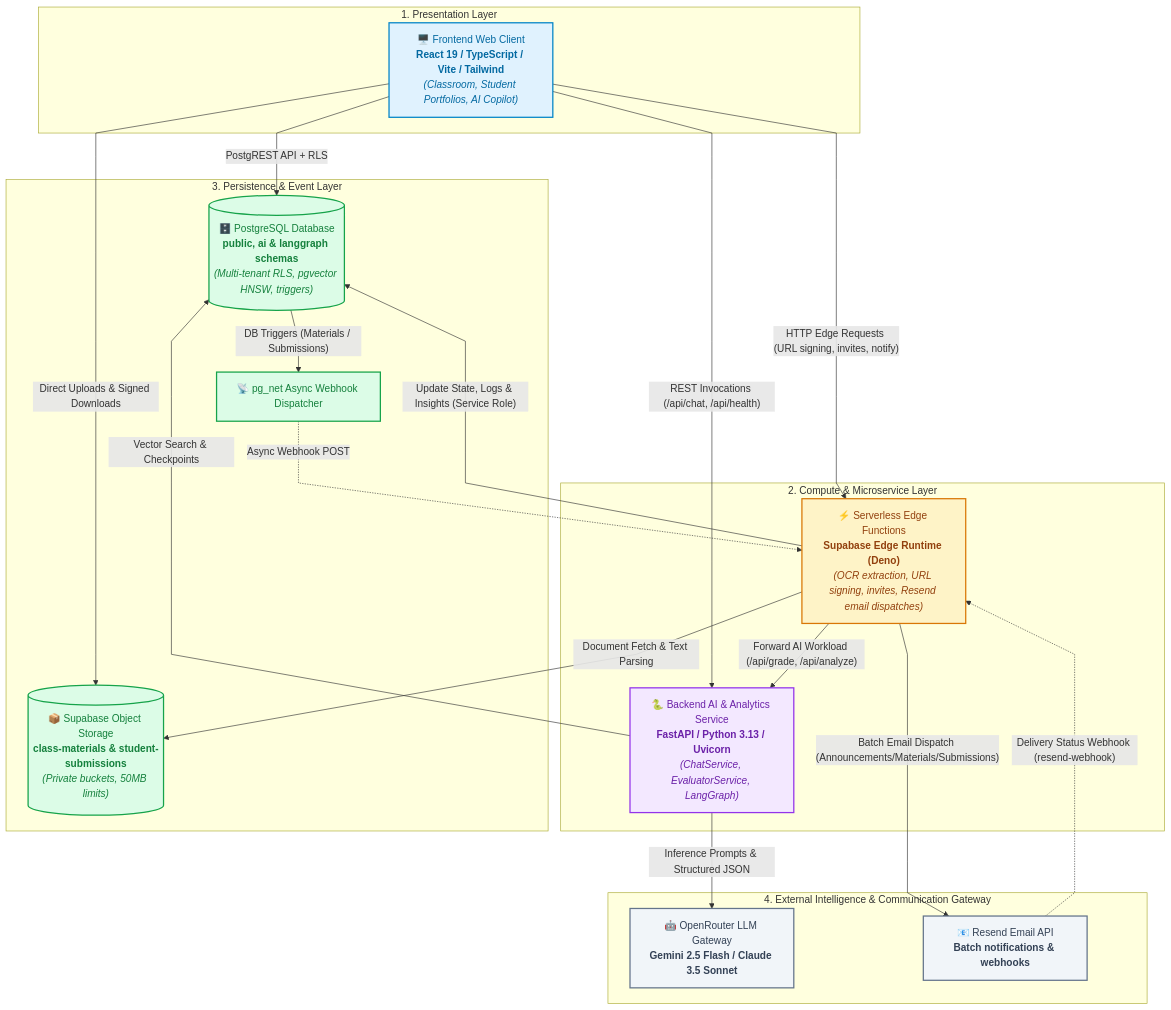
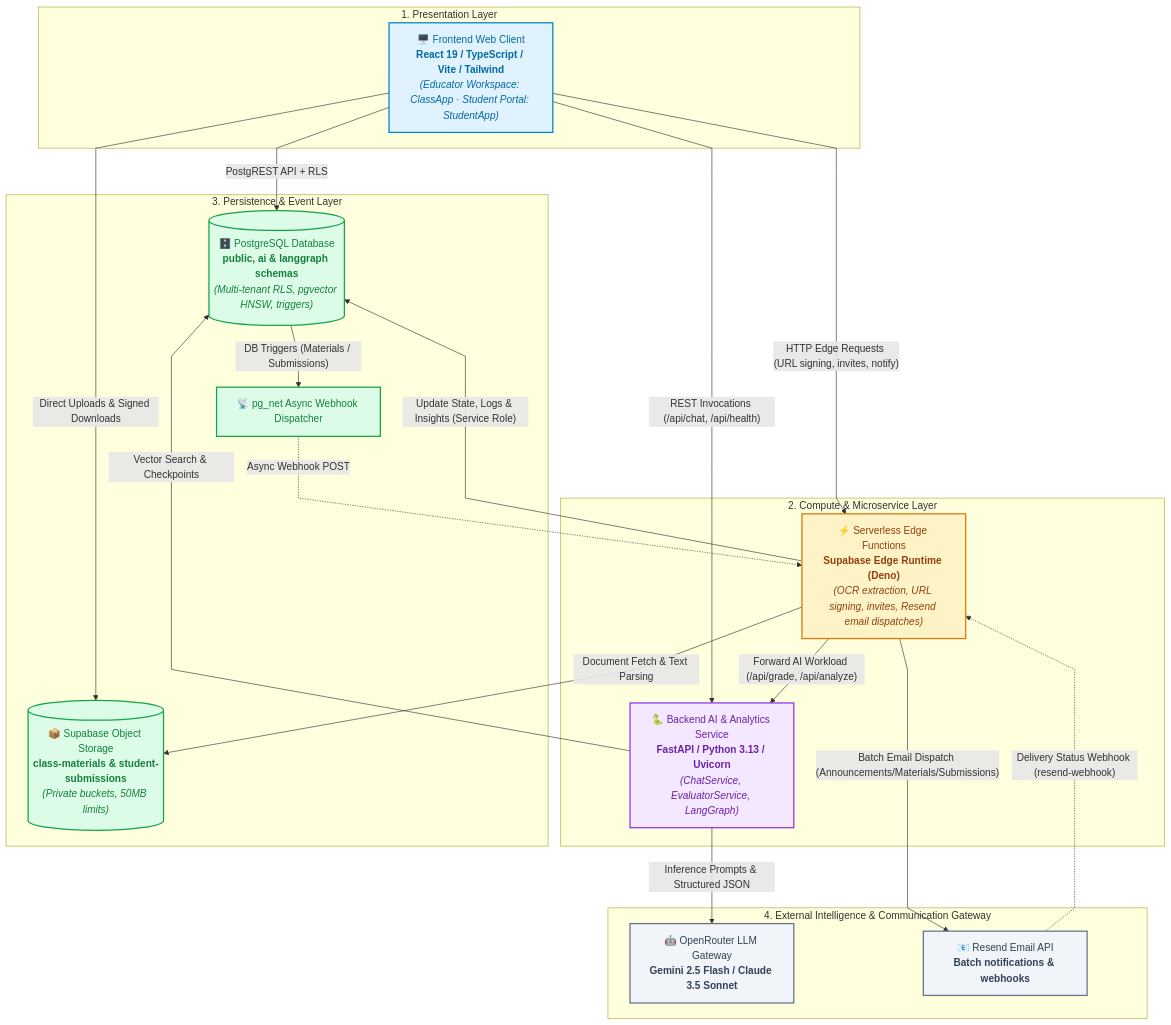
One commit to VictorBravo9er/Teacher-Assistant-Workspace changed the first of 6 diagrams in systems/README.md. Above: the diagram before and after it, drawn with Mermaid. The commit also changed other lines of this file and 8 other files, not shown here.

````diff
--- a/systems/README.md
+++ b/systems/README.md
@@ -11,49 +11,49 @@
 ```mermaid
 %%{init: {'flowchart': {'curve': 'linear'}}}%%
 flowchart TD
     %% Styling Classes
     classDef client fill:#e0f2fe,stroke:#0284c7,stroke-width:2px,color:#0369a1;
     classDef edge fill:#fef3c7,stroke:#d97706,stroke-width:2px,color:#92400e;
     classDef backend fill:#f3e8ff,stroke:#9333ea,stroke-width:2px,color:#6b21a8;
     classDef data fill:#dcfce7,stroke:#16a34a,stroke-width:2px,color:#15803d;
     classDef external fill:#f1f5f9,stroke:#64748b,stroke-width:2px,color:#334155;
 
     subgraph Tier1["1. Presentation Layer"]
-        ClientApp["🖥️ Frontend Web Client<br/><b>React 19 / TypeScript / Vite / Tailwind</b><br/><i>(Classroom, Student Portfolios, AI Copilot)</i>"]:::client
+        ClientApp["🖥️ Frontend Web Client<br/><b>React 19 / TypeScript / Vite / Tailwind</b><br/><i>(Educator Workspace: ClassApp · Student Portal: StudentApp)</i>"]:::client
     end
 
     subgraph Tier2["2. Compute & Microservice Layer"]
         EdgeFunctions["⚡ Serverless Edge Functions<br/><b>Supabase Edge Runtime (Deno)</b><br/><i>(OCR extraction, URL signing, invites, Resend email dispatches)</i>"]:::edge
         FastAPIService["🐍 Backend AI & Analytics Service<br/><b>FastAPI / Python 3.13 / Uvicorn</b><br/><i>(ChatService, EvaluatorService, LangGraph)</i>"]:::backend
     end
 
     subgraph Tier3["3. Persistence & Event Layer"]
         PostgresDB[("🗄️ PostgreSQL Database<br/><b>public, ai & langgraph schemas</b><br/><i>(Multi-tenant RLS, pgvector HNSW, triggers)</i>")]:::data
         StorageBuckets[("📦 Supabase Object Storage<br/><b>class-materials & student-submissions</b><br/><i>(Private buckets, 50MB limits)</i>")]:::data
         PgNetQueue["📡 pg_net Async Webhook Dispatcher"]:::data
     end
 
     subgraph Tier4["4. External Intelligence & Communication Gateway"]
         OpenRouterLLM["🤖 OpenRouter LLM Gateway<br/><b>Gemini 2.5 Flash / Claude 3.5 Sonnet</b>"]:::external
         ResendAPI["📧 Resend Email API<br/><b>Batch notifications & webhooks</b>"]:::external
     end
 
     %% Client Traffic
     ClientApp -->|"PostgREST API + RLS"| PostgresDB
     ClientApp -->|"Direct Uploads & Signed Downloads"| StorageBuckets
     ClientApp -->|"REST Invocations (/api/chat, /api/health)"| FastAPIService
     ClientApp -->|"HTTP Edge Requests (URL signing, invites, notify)"| EdgeFunctions
 
     %% Asynchronous Event Pipeline
     PostgresDB -->|"DB Triggers (Materials / Submissions)"| PgNetQueue
     PgNetQueue -.->|"Async Webhook POST"| EdgeFunctions
     EdgeFunctions -->|"Document Fetch & Text Parsing"| StorageBuckets
     EdgeFunctions -->|"Forward AI Workload (/api/grade, /api/analyze)"| FastAPIService
     EdgeFunctions -->|"Update State, Logs & Insights (Service Role)"| PostgresDB
     EdgeFunctions -->|"Batch Email Dispatch (Announcements/Materials/Submissions)"| ResendAPI
     ResendAPI -.->|"Delivery Status Webhook (resend-webhook)"| EdgeFunctions
 
     %% Backend & LLM Connections
     FastAPIService -->|"Vector Search & Checkpoints"| PostgresDB
     FastAPIService -->|"Inference Prompts & Structured JSON"| OpenRouterLLM
 ```
````
